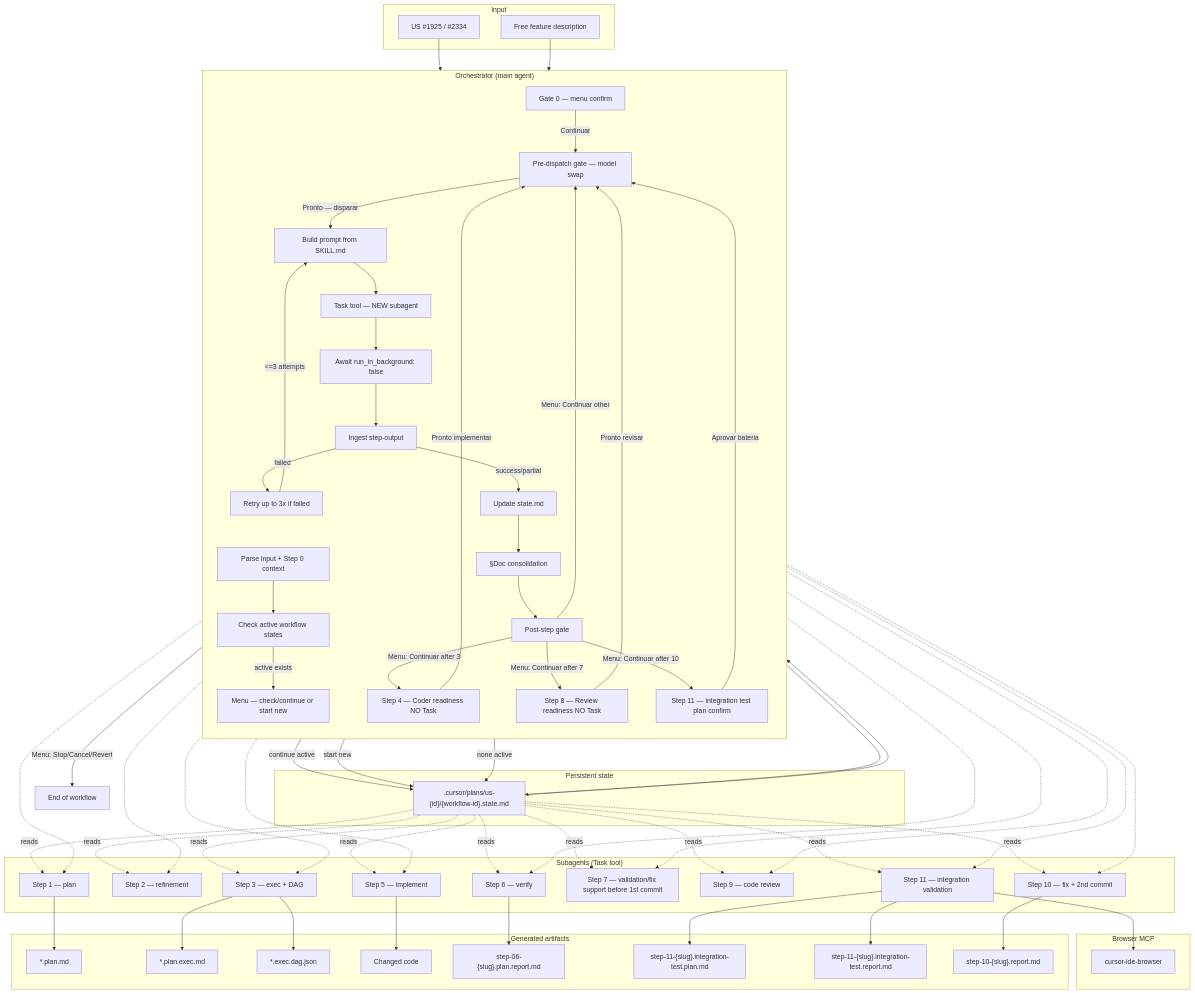
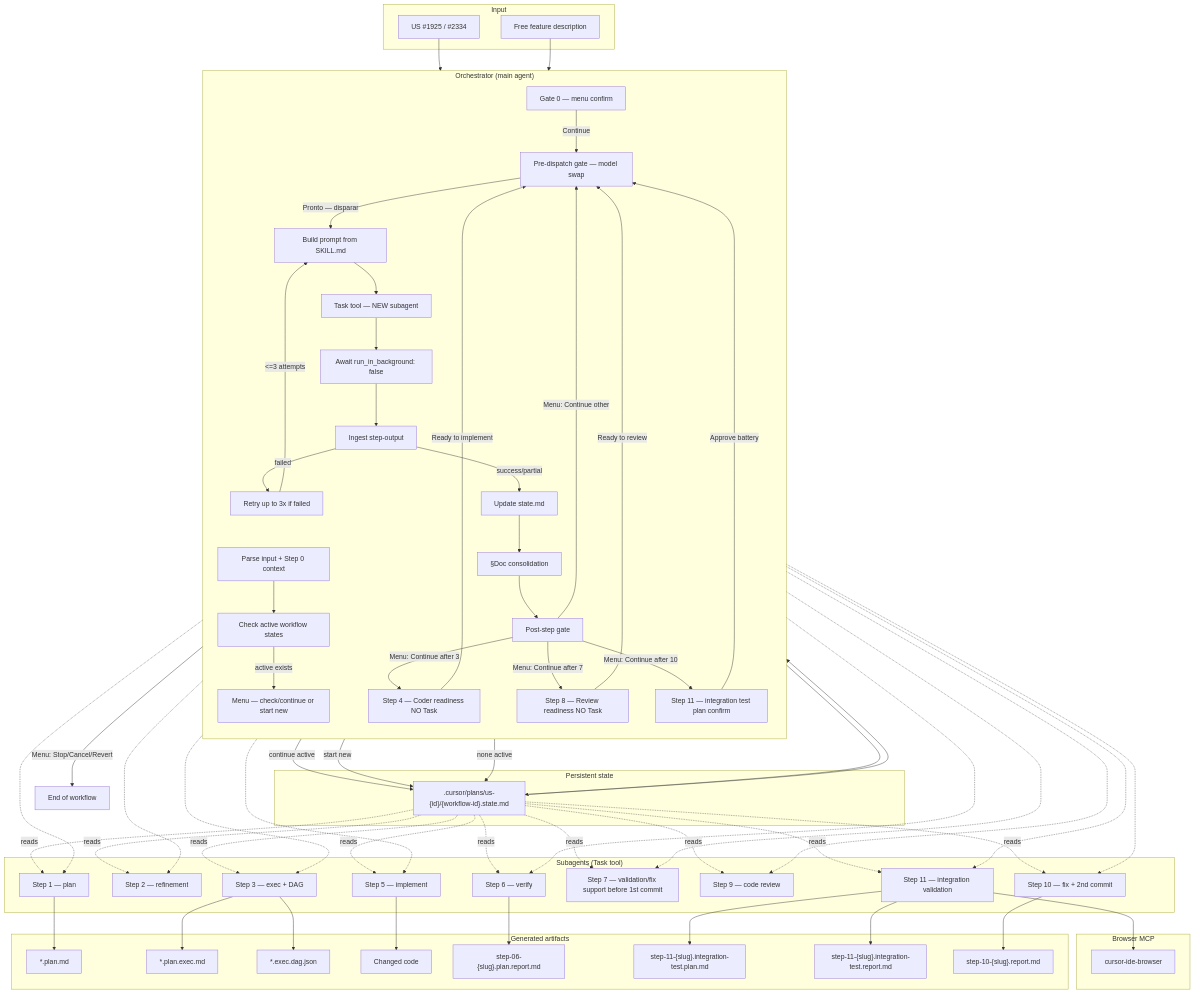
Before and after one commit to jpolvora/workflow-skills: the second of 9 diagrams in .agents/skills/spec-to-pr/DIAGRAM.md, drawn with Mermaid. The commit also changed other lines of this file and 7 other files, not shown here.

```diff
--- a/.agents/skills/spec-to-pr/DIAGRAM.md
+++ b/.agents/skills/spec-to-pr/DIAGRAM.md
@@ -92,7 +92,7 @@
     RESUME -->|start new| STATE
     ACTIVE -->|none active| STATE
     STATE --> GATE0
-    GATE0 -->|Continuar| PREDISP
+    GATE0 -->|Continue| PREDISP
     PREDISP -->|Pronto — disparar| PROMPT
 
     PROMPT --> DISPATCH
@@ -104,13 +104,13 @@
     STATE_W --> STATE
     STATE_W --> DOC
     DOC --> GATE
-    GATE -->|Menu: Continuar after 3| READY4
-    GATE -->|Menu: Continuar after 7| READY8
-    GATE -->|Menu: Continuar after 10| ITP
-    GATE -->|Menu: Continuar other| PREDISP
-    READY4 -->|Pronto implementar| PREDISP
-    READY8 -->|Pronto revisar| PREDISP
-    ITP -->|Aprovar bateria| PREDISP
+    GATE -->|Menu: Continue after 3| READY4
+    GATE -->|Menu: Continue after 7| READY8
+    GATE -->|Menu: Continue after 10| ITP
+    GATE -->|Menu: Continue other| PREDISP
+    READY4 -->|Ready to implement| PREDISP
+    READY8 -->|Ready to review| PREDISP
+    ITP -->|Approve battery| PREDISP
     GATE -->|Menu: Stop/Cancel/Revert| ENDW["End of workflow"]
 
     DISPATCH -.-> SA1 & SA2 & SA3 & SA4 & SA5 & SA6 & SA7 & SA8 & SA9
```
